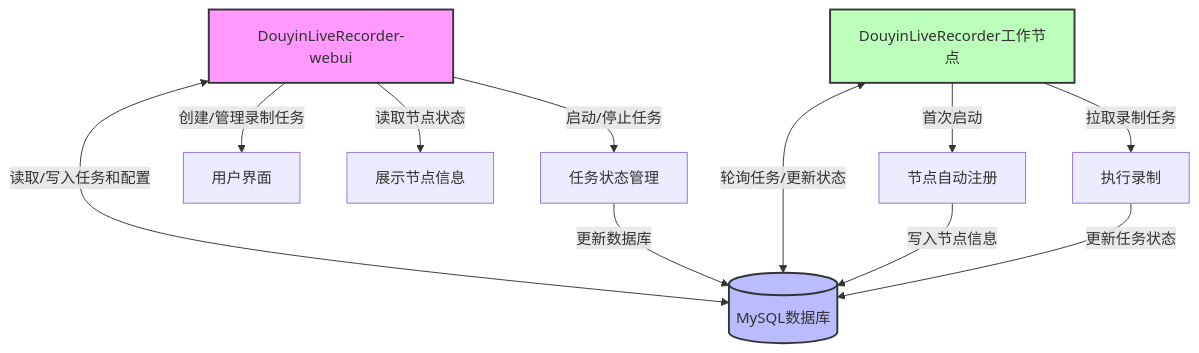
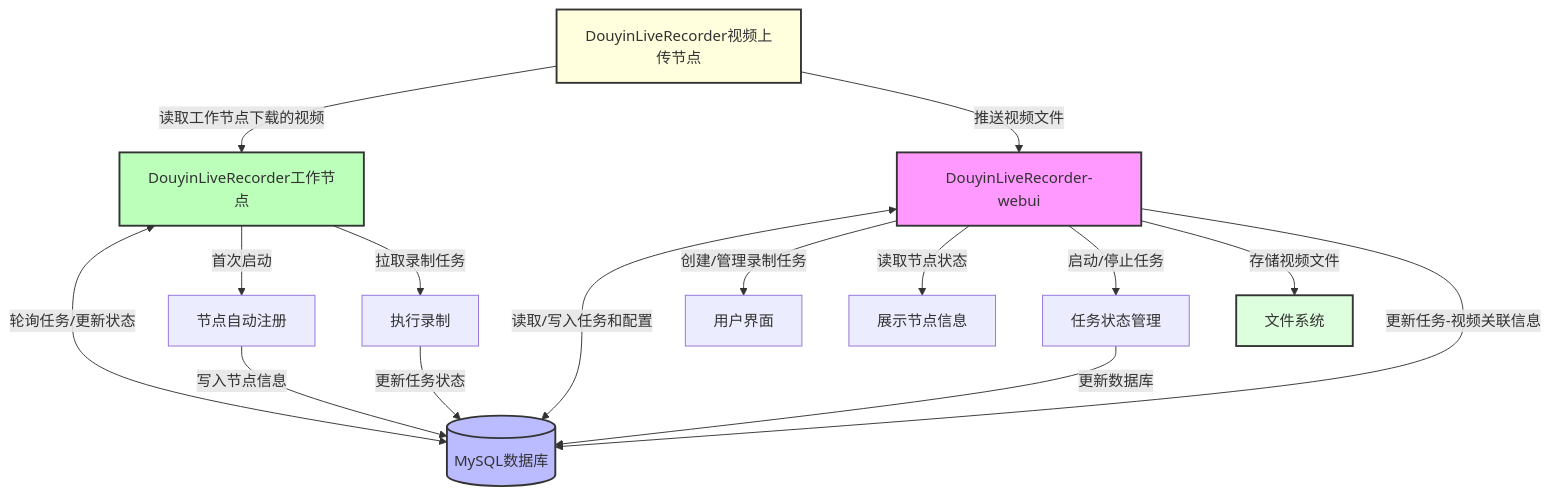
Before and after one commit to dragons96/DouyinLiveRecorder-webui: the first of 2 diagrams in README.md, drawn with Mermaid. The commit also changed other lines of this file, not shown here.

````diff
--- a/README.md
+++ b/README.md
@@ -41,16 +41,22 @@
 ```mermaid
 graph TD
     A[DouyinLiveRecorder-webui] <-->|读取/写入任务和配置| B[(MySQL数据库)]
     C[DouyinLiveRecorder工作节点] <-->|轮询任务/更新状态| B
     A -->|创建/管理录制任务| D[用户界面]
     C -->|首次启动| E[节点自动注册]
     E -->|写入节点信息| B
     C -->|拉取录制任务| F[执行录制]
     F -->|更新任务状态| B
     A -->|读取节点状态| G[展示节点信息]
     A -->|启动/停止任务| H[任务状态管理]
     H -->|更新数据库| B
+    I[DouyinLiveRecorder视频上传节点] -->|读取工作节点下载的视频| C
+    I -->|推送视频文件| A
+    A -->|存储视频文件| J[文件系统]
+    A -->|更新任务-视频关联信息| B
     style A fill:#f9f,stroke:#333,stroke-width:2px
     style B fill:#bbf,stroke:#333,stroke-width:2px
     style C fill:#bfb,stroke:#333,stroke-width:2px
+    style I fill:#ffd,stroke:#333,stroke-width:2px
+    style J fill:#dfd,stroke:#333,stroke-width:2px
 ```
````
